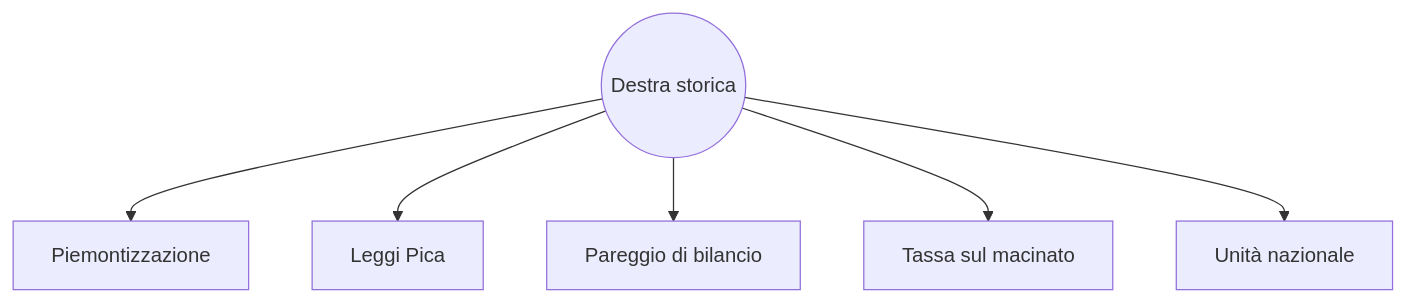
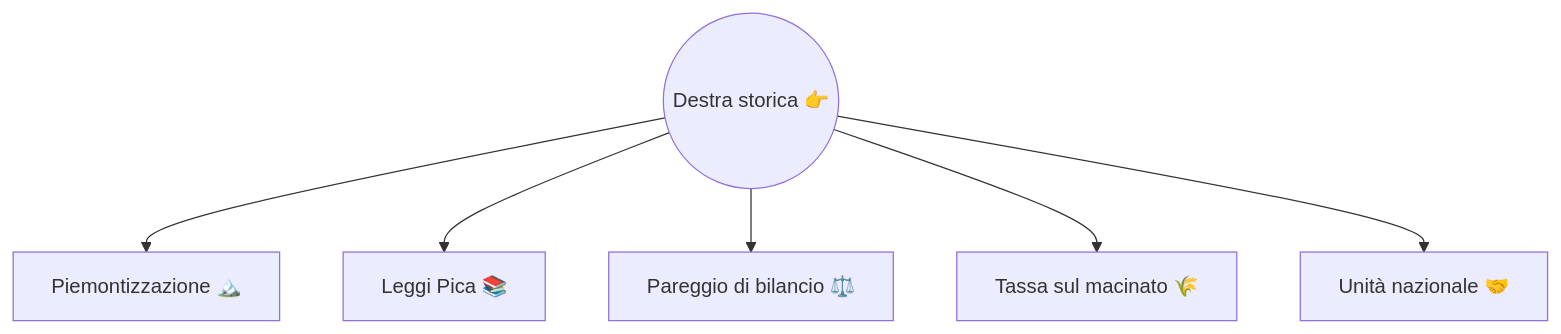
Before and after one commit to RedaWiki/redawiki.github.io: the diagram in storia/verifica-2/3-guerra-di-indipendenza.md, drawn with Mermaid. The commit also changed other lines of this file, not shown here.

````diff
--- a/storia/verifica-2/3-guerra-di-indipendenza.md
+++ b/storia/verifica-2/3-guerra-di-indipendenza.md
@@ -35,16 +35,16 @@
 ``` mermaid
 	graph TB;
-    A((Destra storica))
-    B[Piemontizzazione]
-    C[Leggi Pica]
-    D[Pareggio di bilancio]
-    E[Tassa sul macinato]
-    F[Unità nazionale]
+    A((Destra storica 👉))
+    B[Piemontizzazione 🏔️]
+    C[Leggi Pica 📚]
+    D[Pareggio di bilancio ⚖️]
+    E[Tassa sul macinato 🌾]
+    F[Unità nazionale 🤝]
 
 
     A --> B
 	A --> C
 	A --> D
 	A --> E
 	A --> F
 ```
````
